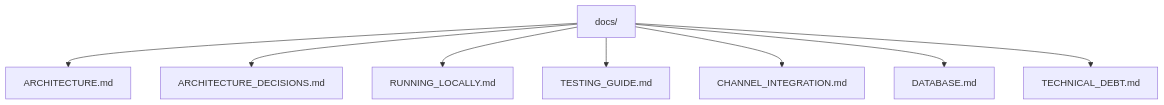
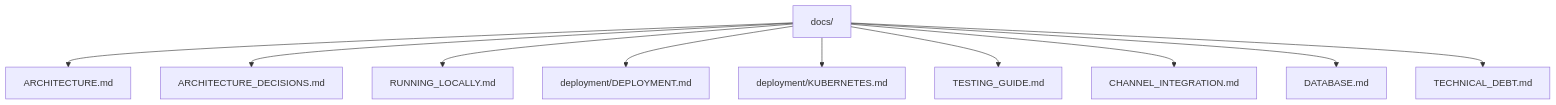
One commit to CiceroDeveloper01/rag-platform changed the diagram in docs/README.md. Above: the diagram before and after it, drawn with Mermaid. The commit also changed other lines of this file and 111 other files, not shown here.

Commit message:
refactor: harden async ingestion, deployment readiness, and architecture docs

````diff
--- a/docs/README.md
+++ b/docs/README.md
@@ -17,10 +19,12 @@
 ```mermaid
 flowchart TD
     Docs[docs/] --> Architecture[ARCHITECTURE.md]
     Docs --> Decisions[ARCHITECTURE_DECISIONS.md]
     Docs --> Local[RUNNING_LOCALLY.md]
+    Docs --> Deployment[deployment/DEPLOYMENT.md]
+    Docs --> Kubernetes[deployment/KUBERNETES.md]
     Docs --> Testing[TESTING_GUIDE.md]
     Docs --> Channels[CHANNEL_INTEGRATION.md]
     Docs --> Database[DATABASE.md]
     Docs --> Debt[TECHNICAL_DEBT.md]
 ```
````
